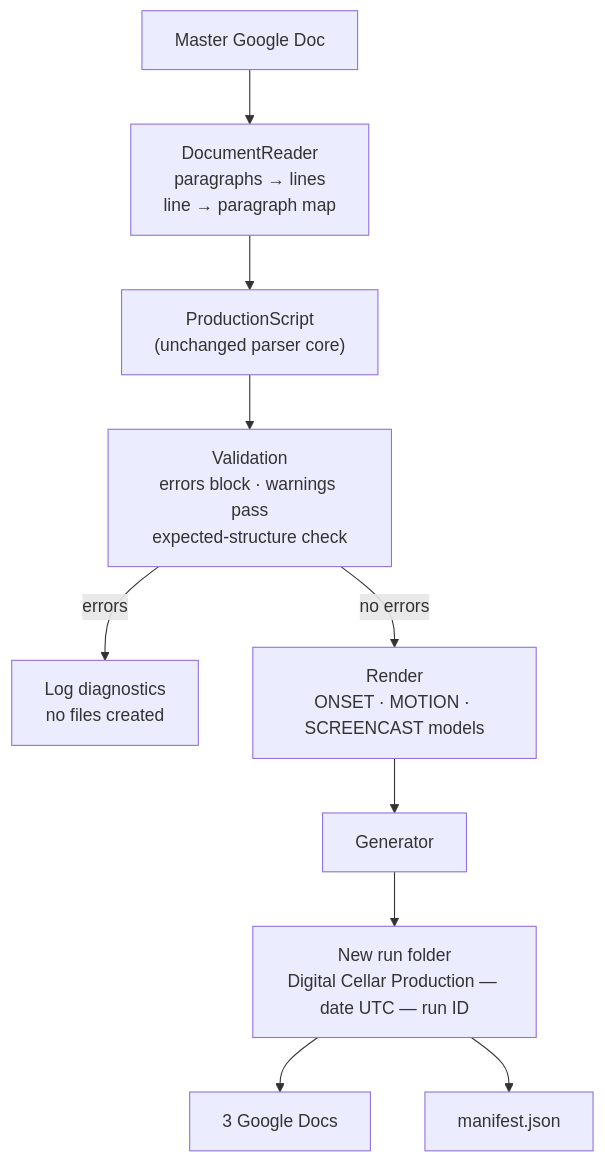
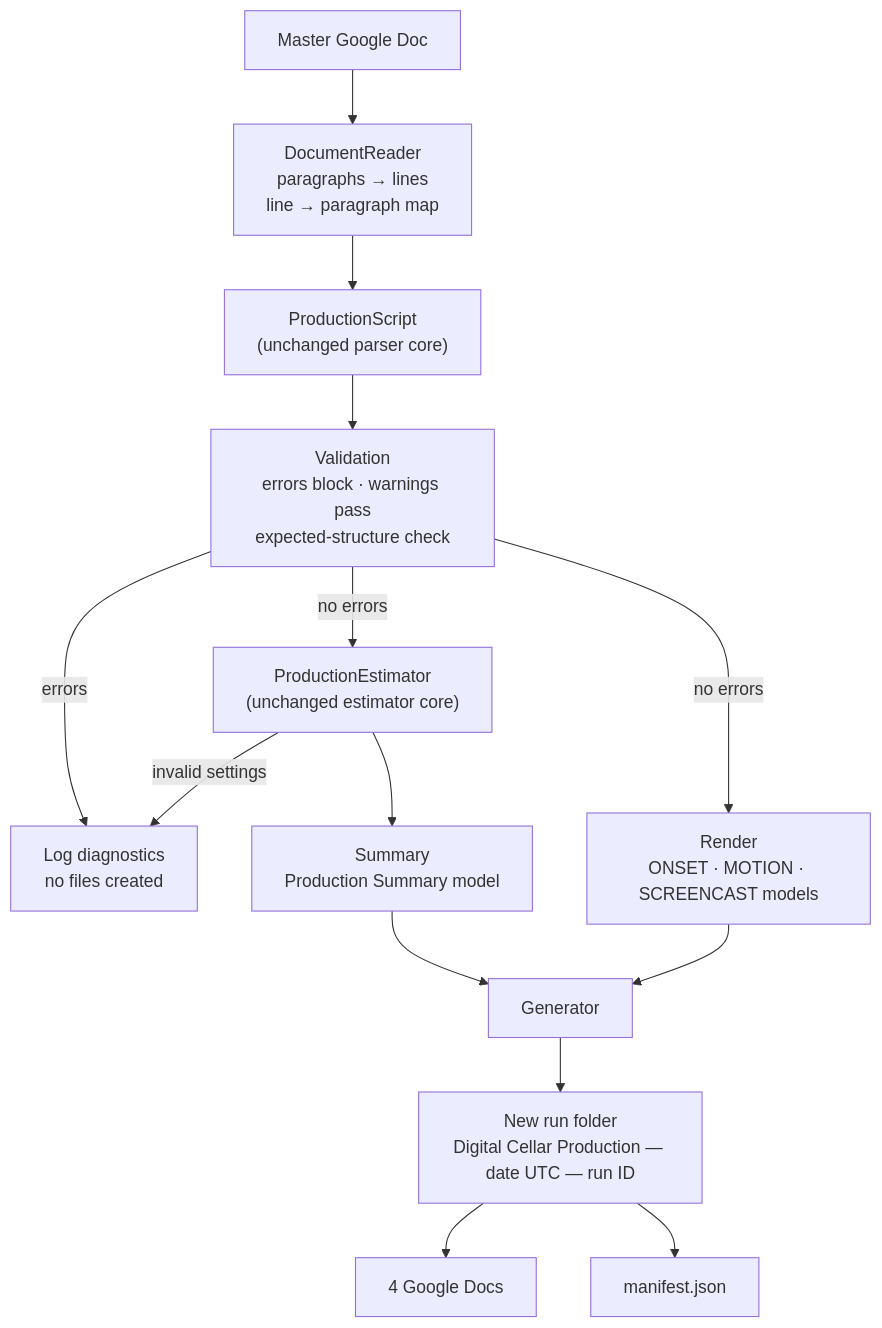
Before and after one commit to kenwalger/cellar-api: the fourth of 5 diagrams in docs/architecture.md, drawn with Mermaid. The commit also changed other lines of this file and 34 other files, not shown here.

First line of the commit message:
Add production estimator and Production Summary generation (Phase 4)

````diff
--- a/docs/architecture.md
+++ b/docs/architecture.md
@@ -89,12 +116,16 @@
 ```mermaid
 flowchart TD
     Master["Master Google Doc"] --> Reader["DocumentReader<br/>paragraphs → lines<br/>line → paragraph map"]
     Reader --> Parser["ProductionScript<br/>(unchanged parser core)"]
     Parser --> Validation["Validation<br/>errors block · warnings pass<br/>expected-structure check"]
     Validation -- errors --> Stop["Log diagnostics<br/>no files created"]
+    Validation -- no errors --> Estimator["ProductionEstimator<br/>(unchanged estimator core)"]
+    Estimator -- invalid settings --> Stop
+    Estimator --> Summary["Summary<br/>Production Summary model"]
     Validation -- no errors --> Render["Render<br/>ONSET · MOTION · SCREENCAST models"]
     Render --> Generator["Generator"]
+    Summary --> Generator
     Generator --> Folder["New run folder<br/>Digital Cellar Production — date UTC — run ID"]
-    Folder --> Docs["3 Google Docs"]
+    Folder --> Docs["4 Google Docs"]
     Folder --> Manifest["manifest.json"]
 ```
````
